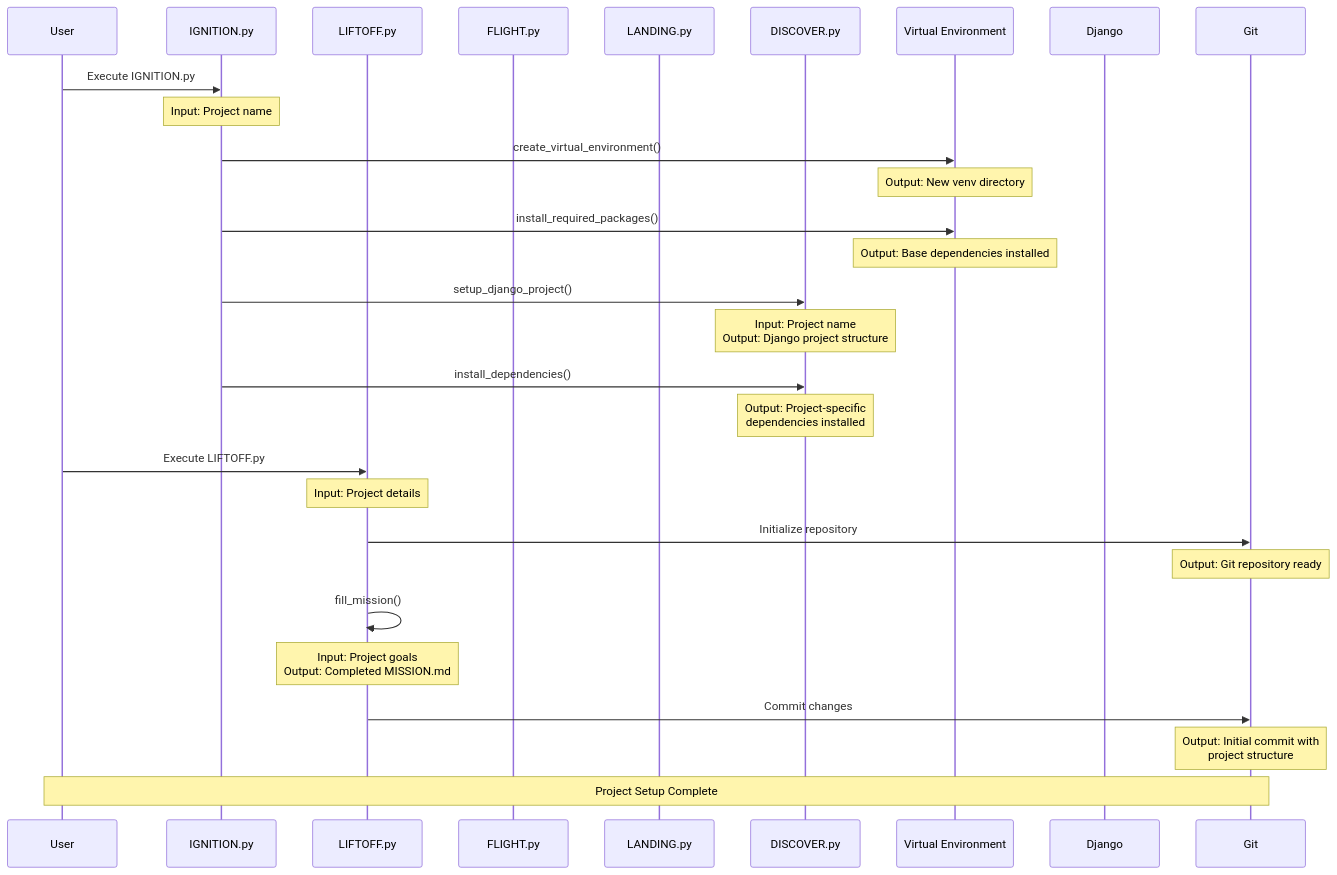
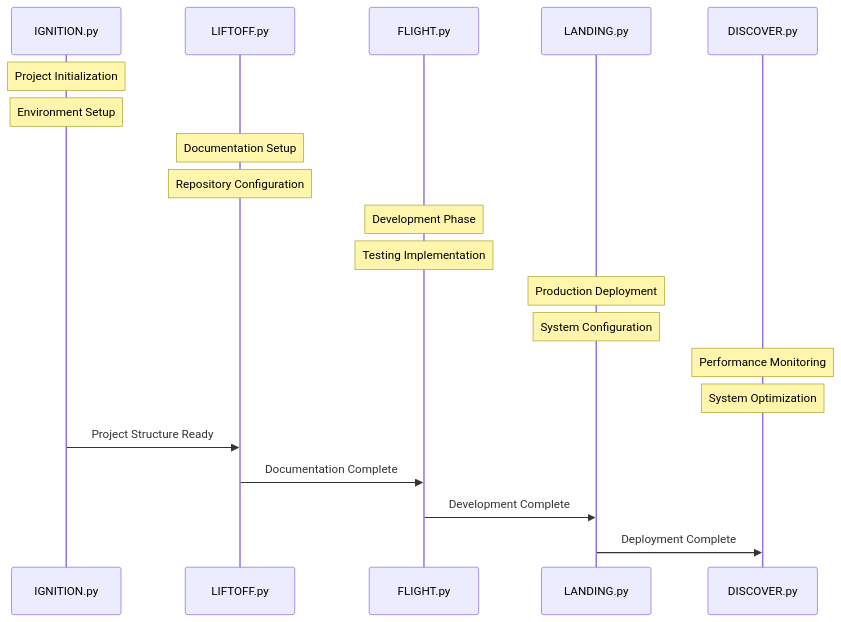
The diagram in django-galaxy-class-protocol.md (starshipagentic/blueprint-django-galaxy-class), drawn with Mermaid before and after one commit.

Commit message:
refactor: Simplify sequence diagram by removing user, virtual env, Django, and Git stages

````diff
--- a/django-galaxy-class-protocol.md
+++ b/django-galaxy-class-protocol.md
@@ -5,41 +5,28 @@
 ```mermaid
 sequenceDiagram
-    participant U as User
     participant I as IGNITION.py
     participant L as LIFTOFF.py
     participant F as FLIGHT.py
     participant LD as LANDING.py
     participant D as DISCOVER.py
-    participant V as Virtual Environment
-    participant DJ as Django
-    participant G as Git
 
-    U->>I: Execute IGNITION.py
-    Note over I: Input: Project name
+    Note over I: Project Initialization
+    Note over I: Environment Setup
     
-    I->>V: create_virtual_environment()
-    Note over V: Output: New venv directory
+    Note over L: Documentation Setup
+    Note over L: Repository Configuration
     
-    I->>V: install_required_packages()
-    Note over V: Output: Base dependencies installed
+    Note over F: Development Phase
+    Note over F: Testing Implementation
     
-    I->>D: setup_django_project()
-    Note over D: Input: Project name<br>Output: Django project structure
+    Note over LD: Production Deployment
+    Note over LD: System Configuration
     
-    I->>D: install_dependencies()
-    Note over D: Output: Project-specific<br>dependencies installed
-    
-    U->>L: Execute LIFTOFF.py
-    Note over L: Input: Project details
-    
-    L->>G: Initialize repository
-    Note over G: Output: Git repository ready
-    
-    L->>L: fill_mission()
-    Note over L: Input: Project goals<br>Output: Completed MISSION.md
-    
-    L->>G: Commit changes
-    Note over G: Output: Initial commit with<br>project structure
+    Note over D: Performance Monitoring
+    Note over D: System Optimization
 
-    Note over U,G: Project Setup Complete
+    I->>L: Project Structure Ready
+    L->>F: Documentation Complete
+    F->>LD: Development Complete
+    LD->>D: Deployment Complete
 ```
````
